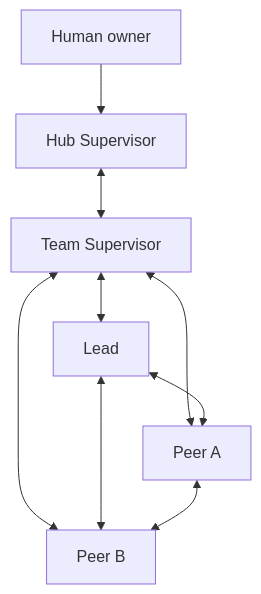
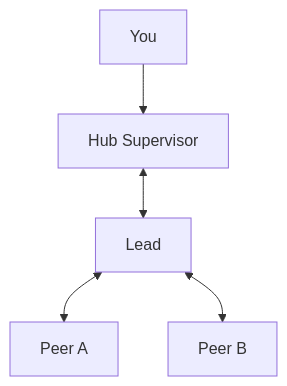
One commit to ReinaMacCredy/maestro changed the first of 2 diagrams in site/src/content/docs/concepts/roles.md. Above: the diagram before and after it, drawn with Mermaid. The commit also changed other lines of this file and 21 other files, not shown here.

````diff
--- a/site/src/content/docs/concepts/roles.md
+++ b/site/src/content/docs/concepts/roles.md
@@ -23,11 +27,7 @@
 ```mermaid
 flowchart TB
-  Human["Human owner"] --> Hub["Hub Supervisor"]
-  Hub <--> Team["Team Supervisor"]
-  Team <--> Lead["Lead"]
-  Team <--> PeerA["Peer A"]
-  Team <--> PeerB["Peer B"]
-  Lead <--> PeerA
-  Lead <--> PeerB
-  PeerA <--> PeerB
+  Owner["You"] --> Hub["Hub Supervisor"]
+  Hub <--> Lead["Lead"]
+  Lead <--> PeerA["Peer A"]
+  Lead <--> PeerB["Peer B"]
 ```
````
